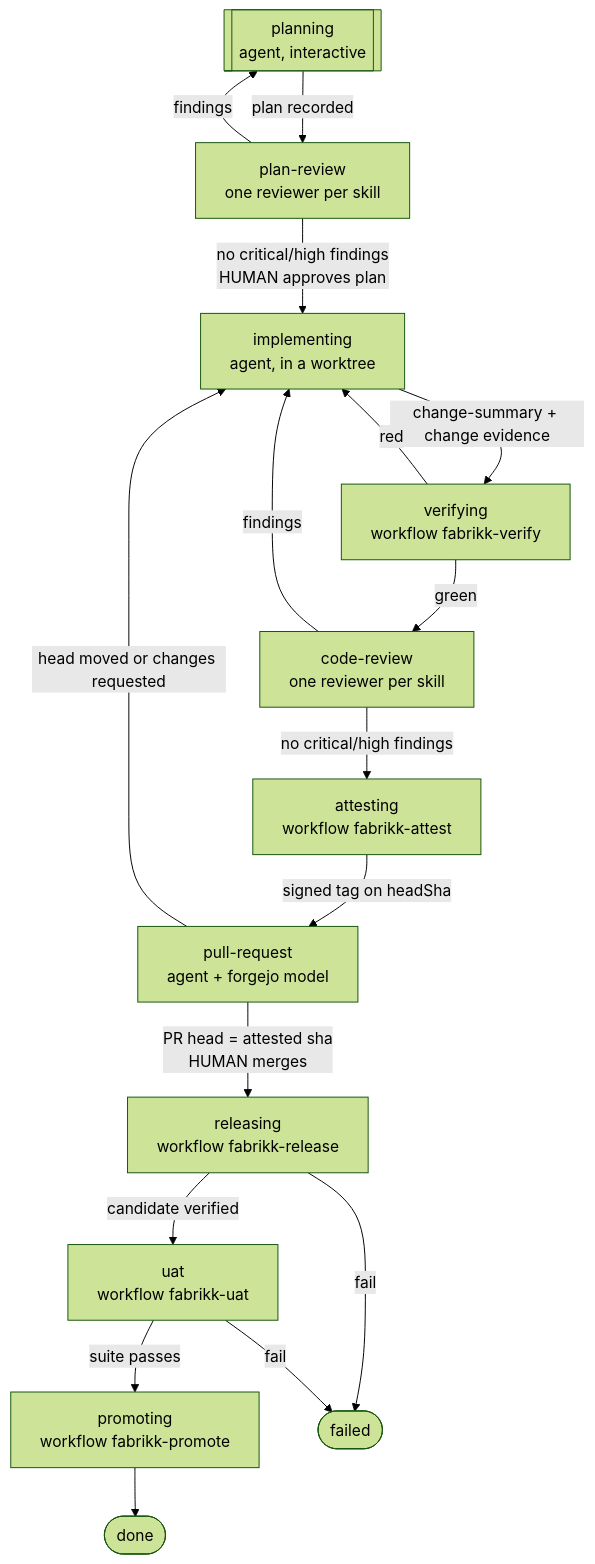
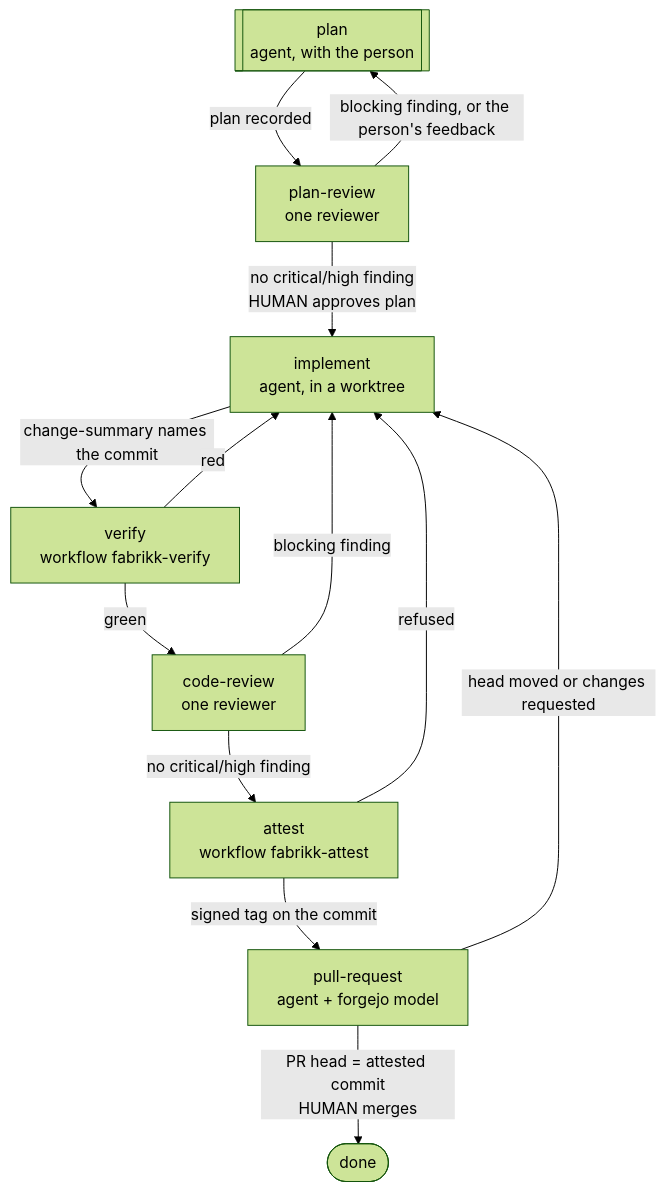
The second of 2 diagrams in design/factory.md (dataverket-org/fabrikk), drawn with Mermaid (forest theme) before and after one commit. The commit also changed other lines of this file and 41 other files, not shown here.

````diff
--- a/design/factory.md
+++ b/design/factory.md
@@ -74,32 +76,24 @@
 ```mermaid
 flowchart TD
-  planning[[planning<br/>agent, interactive]]
-  plan_review[plan-review<br/>one reviewer per skill]
-  implementing[implementing<br/>agent, in a worktree]
-  verifying[verifying<br/>workflow fabrikk-verify]
-  code_review[code-review<br/>one reviewer per skill]
-  attesting[attesting<br/>workflow fabrikk-attest]
+  plan[[plan<br/>agent, with the person]]
+  plan_review[plan-review<br/>one reviewer]
+  implement[implement<br/>agent, in a worktree]
+  verify[verify<br/>workflow fabrikk-verify]
+  code_review[code-review<br/>one reviewer]
+  attest[attest<br/>workflow fabrikk-attest]
   pull_request[pull-request<br/>agent + forgejo model]
-  releasing[releasing<br/>workflow fabrikk-release]
-  uat[uat<br/>workflow fabrikk-uat]
-  promoting[promoting<br/>workflow fabrikk-promote]
   done([done])
-  failed([failed])
 
-  planning -->|plan recorded| plan_review
-  plan_review -->|"no critical/high findings<br/>HUMAN approves plan"| implementing
-  plan_review -->|findings| planning
-  implementing -->|change-summary + change evidence| verifying
-  verifying -->|green| code_review
-  verifying -->|red| implementing
-  code_review -->|no critical/high findings| attesting
-  code_review -->|findings| implementing
-  attesting -->|signed tag on headSha| pull_request
-  pull_request -->|"PR head = attested sha<br/>HUMAN merges"| releasing
-  pull_request -->|head moved or changes requested| implementing
-  releasing -->|candidate verified| uat
-  uat -->|suite passes| promoting
-  promoting --> done
-  releasing -->|fail| failed
-  uat -->|fail| failed
+  plan -->|plan recorded| plan_review
+  plan_review -->|"no critical/high finding<br/>HUMAN approves plan"| implement
+  plan_review -->|"blocking finding, or the person's feedback"| plan
+  implement -->|change-summary names the commit| verify
+  verify -->|green| code_review
+  verify -->|red| implement
+  code_review -->|no critical/high finding| attest
+  code_review -->|blocking finding| implement
+  attest -->|signed tag on the commit| pull_request
+  attest -->|refused| implement
+  pull_request -->|"PR head = attested commit<br/>HUMAN merges"| done
+  pull_request -->|head moved or changes requested| implement
 ```
````
